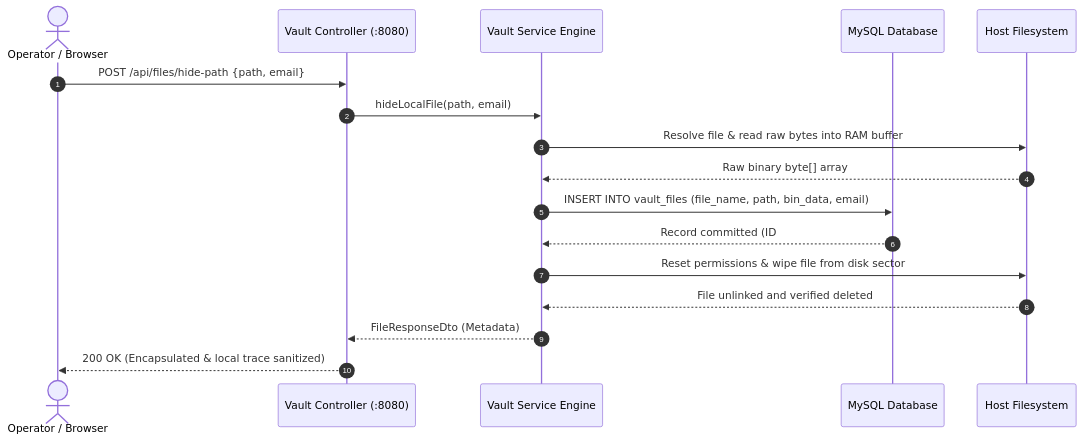
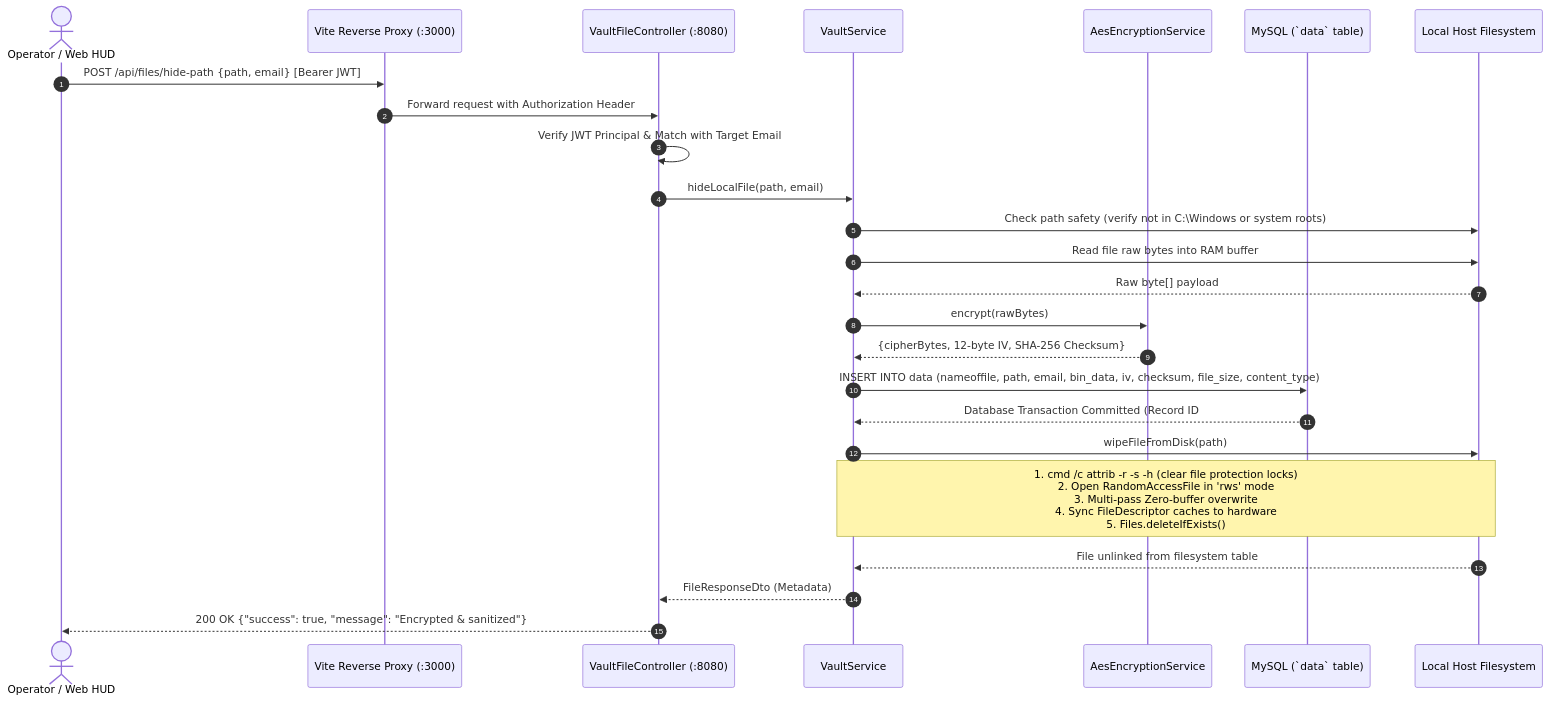
Before and after one commit to satwik12dev/File-Hider: the second of 5 diagrams in README.md, drawn with Mermaid. The commit also changed other lines of this file and 45 other files, not shown here.

````diff
--- a/README.md
+++ b/README.md
@@ -154,20 +163,28 @@
 ```mermaid
 sequenceDiagram
     autonumber
-    actor User as Operator / Browser
-    participant API as Vault Controller (:8080)
-    participant Core as Vault Service Engine
-    participant DB as MySQL Database
-    participant Disk as Host Filesystem
+    actor Operator as Operator / Web HUD
+    participant Proxy as Vite Reverse Proxy (:3000)
+    participant API as VaultFileController (:8080)
+    participant Core as VaultService
+    participant Crypto as AesEncryptionService
+    participant DB as MySQL (`data` table)
+    participant Disk as Local Host Filesystem
 
-    User->>API: POST /api/files/hide-path {path, email}
+    Operator->>Proxy: POST /api/files/hide-path {path, email} [Bearer JWT]
+    Proxy->>API: Forward request with Authorization Header
+    API->>API: Verify JWT Principal & Match with Target Email
     API->>Core: hideLocalFile(path, email)
-    Core->>Disk: Resolve file & read raw bytes into RAM buffer
-    Disk-->>Core: Raw binary byte[] array
-    Core->>DB: INSERT INTO vault_files (file_name, path, bin_data, email)
-    DB-->>Core: Record committed (ID #)
-    Core->>Disk: Reset permissions & wipe file from disk sector
-    Disk-->>Core: File unlinked and verified deleted
+    Core->>Disk: Check path safety (verify not in C:\Windows or system roots)
+    Core->>Disk: Read file raw bytes into RAM buffer
+    Disk-->>Core: Raw byte[] payload
+    Core->>Crypto: encrypt(rawBytes)
+    Crypto-->>Core: {cipherBytes, 12-byte IV, SHA-256 Checksum}
+    Core->>DB: INSERT INTO data (nameoffile, path, email, bin_data, iv, checksum, file_size, content_type)
+    DB-->>Core: Database Transaction Committed (Record ID #)
+    Core->>Disk: wipeFileFromDisk(path)
+    Note over Core,Disk: 1. cmd /c attrib -r -s -h (clear file protection locks)<br/>2. Open RandomAccessFile in 'rws' mode<br/>3. Multi-pass Zero-buffer overwrite<br/>4. Sync FileDescriptor caches to hardware<br/>5. Files.deleteIfExists()
+    Disk-->>Core: File unlinked from filesystem table
     Core-->>API: FileResponseDto (Metadata)
-    API-->>User: 200 OK (Encapsulated & local trace sanitized)
+    API-->>Operator: 200 OK {"success": true, "message": "Encrypted & sanitized"}
 ```
````
